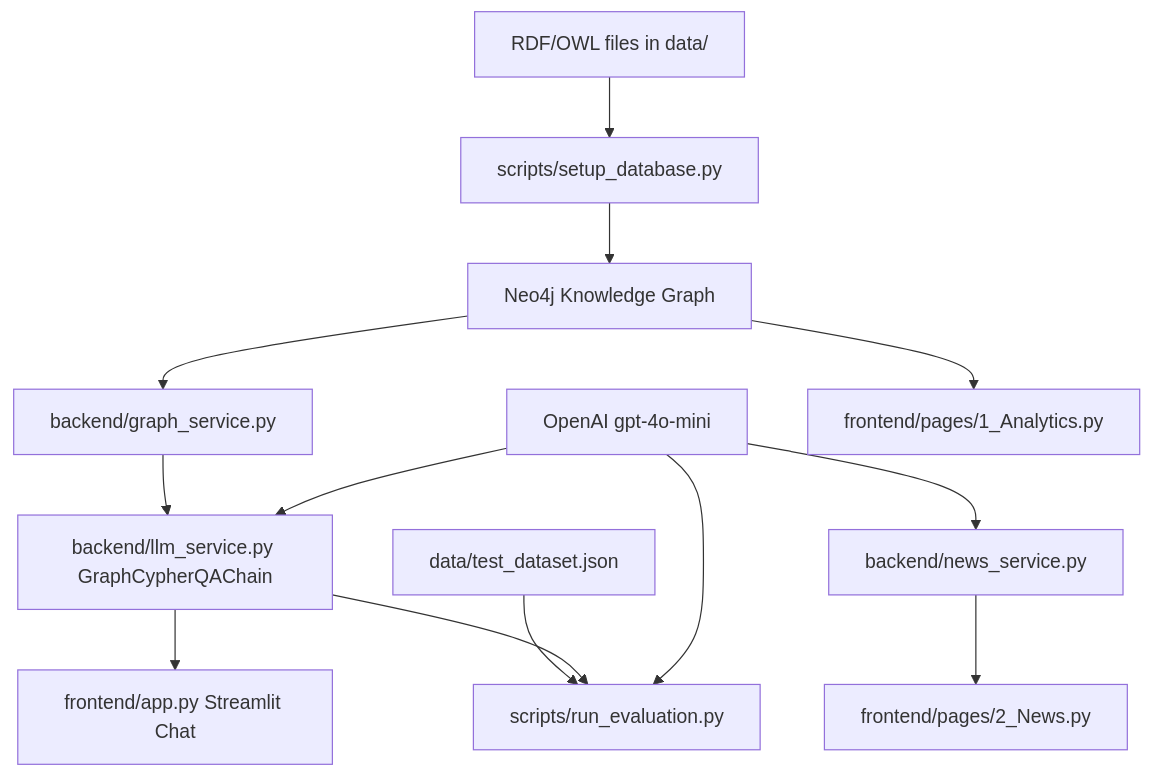
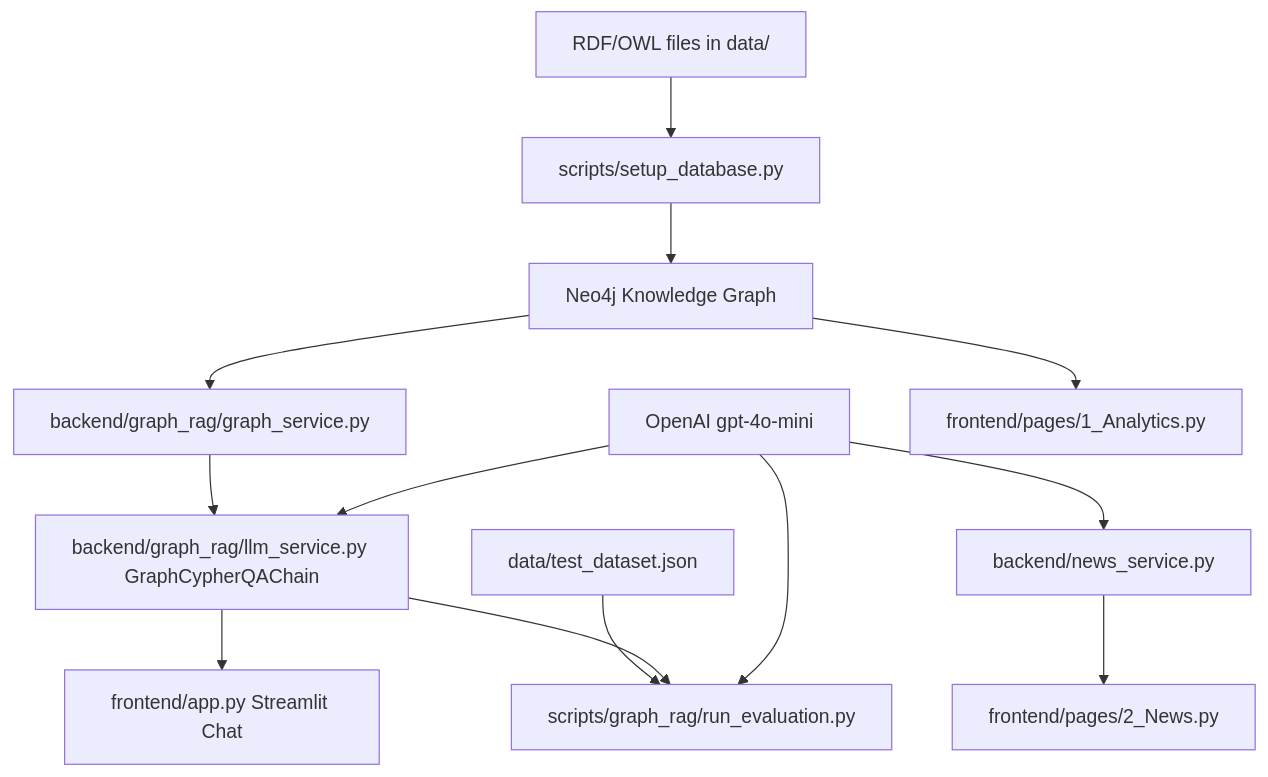
Before and after one commit to IbrahimSadek11/KnowledgeBasedRAG: the diagram in docs/project_report.md, drawn with Mermaid. The commit also changed other lines of this file and 82 other files, not shown here.

````diff
--- a/docs/project_report.md
+++ b/docs/project_report.md
@@ -56,15 +56,15 @@
 ```mermaid
 flowchart TD
     A[RDF/OWL files in data/] --> B[scripts/setup_database.py]
     B --> C[Neo4j Knowledge Graph]
-    C --> D[backend/graph_service.py]
-    D --> E[backend/llm_service.py GraphCypherQAChain]
+    C --> D[backend/graph_rag/graph_service.py]
+    D --> E[backend/graph_rag/llm_service.py GraphCypherQAChain]
     F[OpenAI gpt-4o-mini] --> E
     E --> G[frontend/app.py Streamlit Chat]
     C --> H[frontend/pages/1_Analytics.py]
     F --> I[backend/news_service.py]
     I --> J[frontend/pages/2_News.py]
-    K[data/test_dataset.json] --> L[scripts/run_evaluation.py]
+    K[data/test_dataset.json] --> L[scripts/graph_rag/run_evaluation.py]
     E --> L
     F --> L
 ```
````
